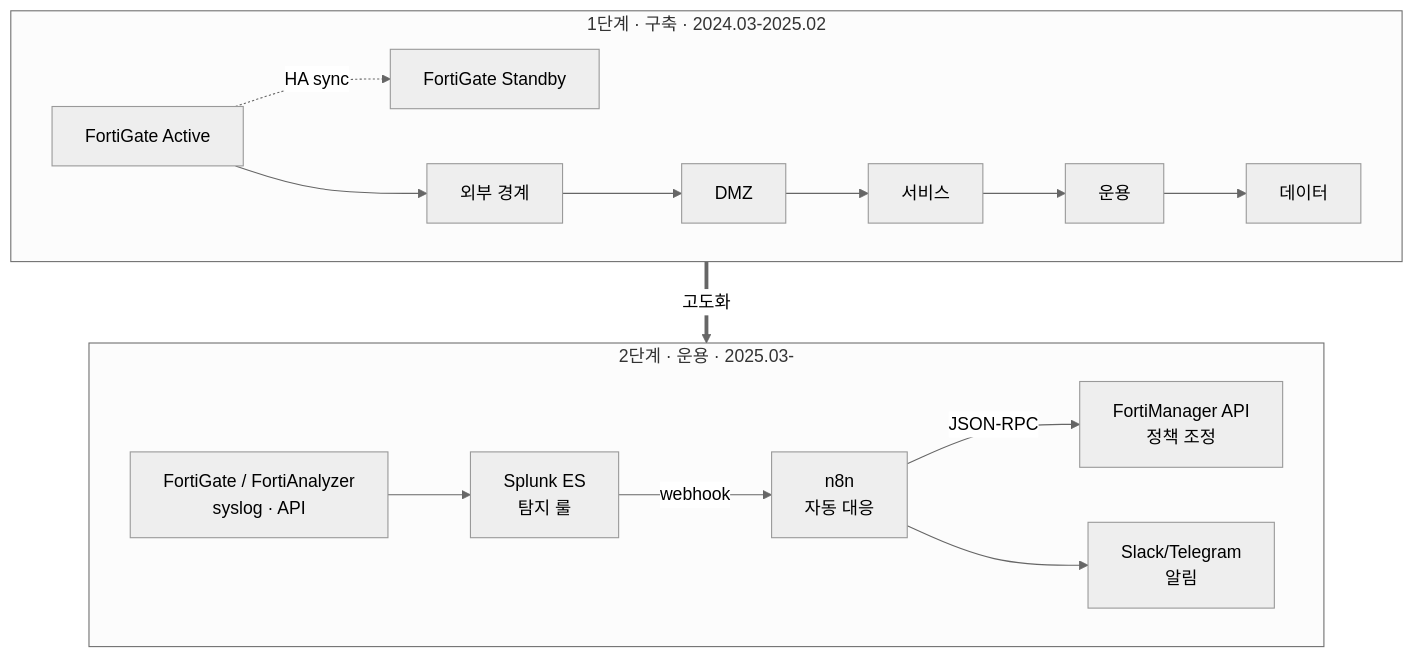
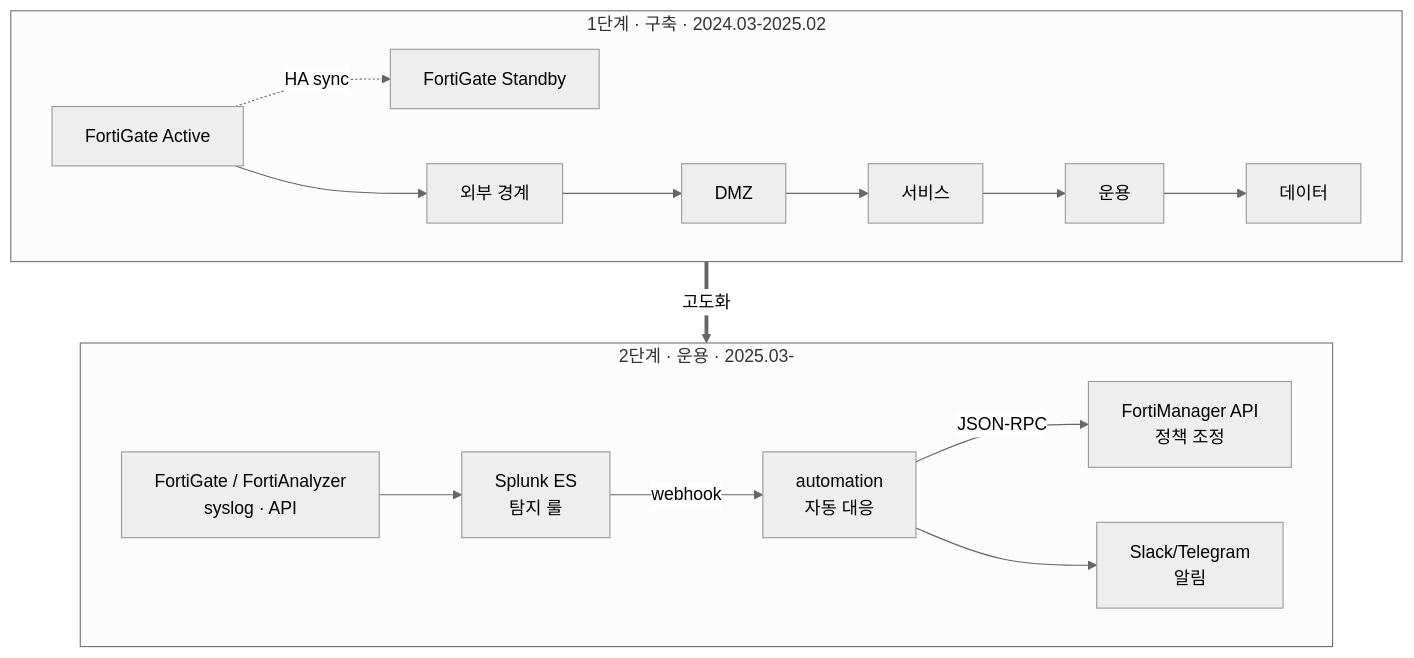
Before and after one commit to jclee941/resume: the diagram in packages/data/resumes/wishket/nextrade-portfolio.md, drawn with Mermaid (neutral theme). The commit also changed other lines of this file and 233 other files, not shown here.

````diff
--- a/packages/data/resumes/wishket/nextrade-portfolio.md
+++ b/packages/data/resumes/wishket/nextrade-portfolio.md
@@ -94,20 +94,20 @@
 ```mermaid
 flowchart TB
   subgraph Phase1[1단계 · 구축 · 2024.03-2025.02]
     direction LR
     HA1[FortiGate Active] -.->|HA sync| HA2[FortiGate Standby]
     HA1 --> Tier1[외부 경계]
     Tier1 --> Tier2[DMZ]
     Tier2 --> Tier3[서비스]
     Tier3 --> Tier4[운용]
     Tier4 --> Tier5[데이터]
   end
   subgraph Phase2[2단계 · 운용 · 2025.03-]
     direction LR
     Devices[FortiGate / FortiAnalyzer<br/>syslog · API] --> Splunk[Splunk ES<br/>탐지 룰]
-    Splunk -->|webhook| N8N[n8n<br/>자동 대응]
-    N8N -->|JSON-RPC| FMG[FortiManager API<br/>정책 조정]
-    N8N --> Slack[Slack/Telegram<br/>알림]
+    Splunk -->|webhook| AUTOMATION[automation<br/>자동 대응]
+    AUTOMATION -->|JSON-RPC| FMG[FortiManager API<br/>정책 조정]
+    AUTOMATION --> Slack[Slack/Telegram<br/>알림]
   end
   Phase1 ==>|고도화| Phase2
 ```
````
